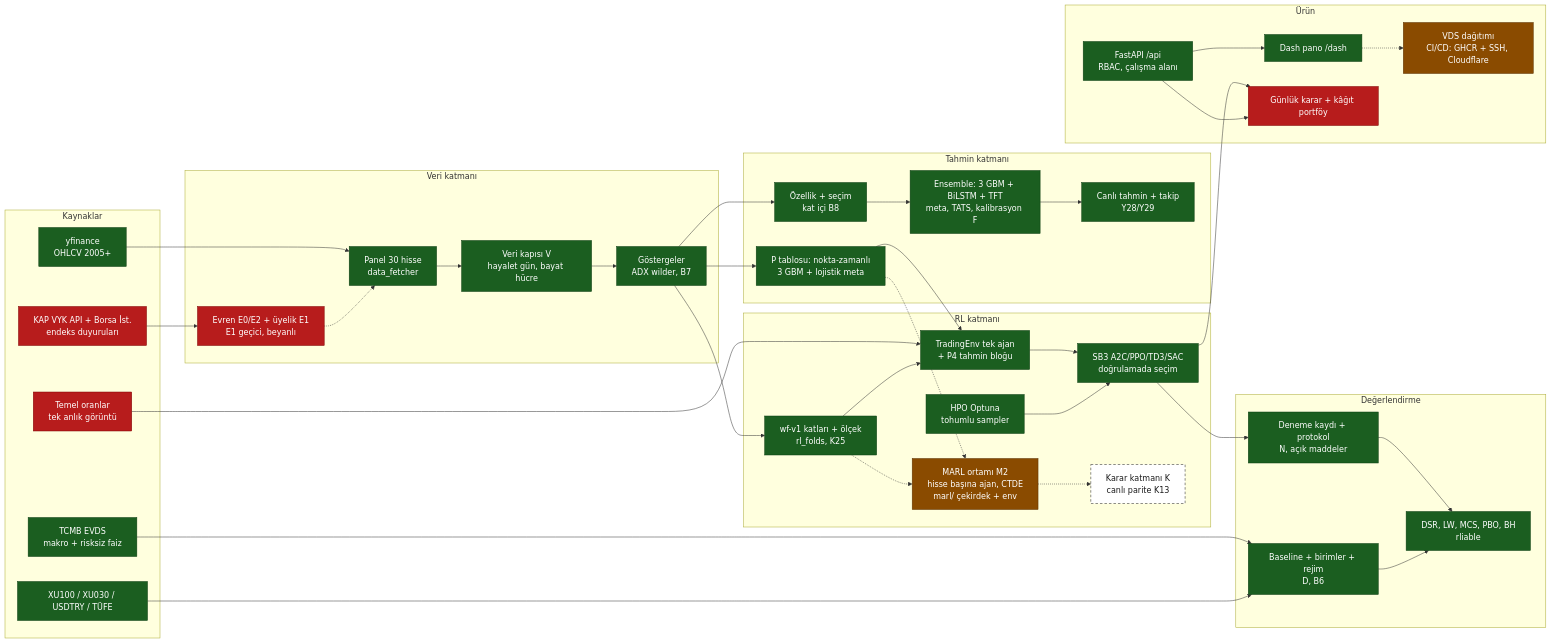
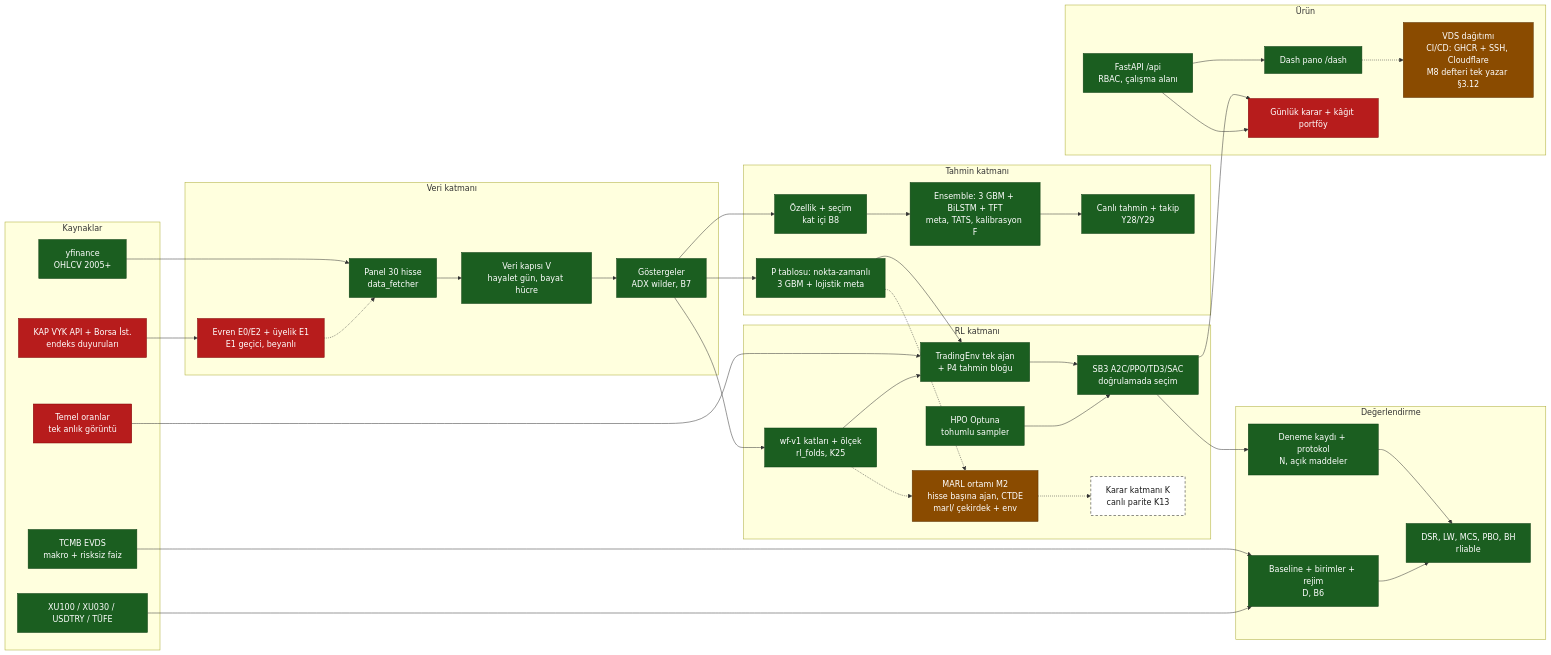
Before and after one commit to softdevcan/RL-Trading-Project: the first of 2 diagrams in docs/development/system-map.md, drawn with Mermaid. The commit also changed other lines of this file and 18 other files, not shown here.

First line of the commit message:
feat(phase11): M8 ileri veri deposunun VDS'ye devri (tek yazar, devir paritesi)

````diff
--- a/docs/development/system-map.md
+++ b/docs/development/system-map.md
@@ -30,73 +30,73 @@
 ```mermaid
 flowchart LR
   classDef done fill:#1b5e20,stroke:#0b3d10,color:#ffffff
   classDef partial fill:#b71c1c,stroke:#7f0000,color:#ffffff
   classDef active fill:#8a4b00,stroke:#5a3000,color:#ffffff
   classDef decision fill:#4a148c,stroke:#2a0060,color:#ffffff
   classDef planned fill:#ffffff,stroke:#1a1a1a,stroke-dasharray:5 4,color:#1a1a1a
 
   subgraph SRC["Kaynaklar"]
     YF["yfinance<br/>OHLCV 2005+"]:::done
     EVDS["TCMB EVDS<br/>makro + risksiz faiz"]:::done
     IDX["XU100 / XU030 / USDTRY / TÜFE"]:::done
     FUND["Temel oranlar<br/>tek anlık görüntü"]:::partial
     KAP["KAP VYK API + Borsa İst.<br/>endeks duyuruları"]:::partial
   end
 
   subgraph DATA["Veri katmanı"]
     PANEL["Panel 30 hisse<br/>data_fetcher"]:::done
     GATE["Veri kapısı V<br/>hayalet gün, bayat hücre"]:::done
     IND["Göstergeler<br/>ADX wilder, B7"]:::done
     UNI["Evren E0/E2 + üyelik E1<br/>E1 geçici, beyanlı"]:::partial
   end
 
   subgraph PRED["Tahmin katmanı"]
     FE["Özellik + seçim<br/>kat içi B8"]:::done
     ENS["Ensemble: 3 GBM + BiLSTM + TFT<br/>meta, TATS, kalibrasyon F"]:::done
     PIT["P tablosu: nokta-zamanlı<br/>3 GBM + lojistik meta"]:::done
     TRK["Canlı tahmin + takip<br/>Y28/Y29"]:::done
   end
 
   subgraph RL["RL katmanı"]
     SPLIT["wf-v1 katları + ölçek<br/>rl_folds, K25"]:::done
     ENV["TradingEnv tek ajan<br/>+ P4 tahmin bloğu"]:::done
     SB3["SB3 A2C/PPO/TD3/SAC<br/>doğrulamada seçim"]:::done
     HPO["HPO Optuna<br/>tohumlu sampler"]:::done
     MENV["MARL ortamı M2<br/>hisse başına ajan, CTDE<br/>marl/ çekirdek + env"]:::active
     DEC["Karar katmanı K<br/>canlı parite K13"]:::planned
   end
 
   subgraph EVAL["Değerlendirme"]
     REG["Deneme kaydı + protokol<br/>N, açık maddeler"]:::done
     STAT["DSR, LW, MCS, PBO, BH<br/>rliable"]:::done
     BASE["Baseline + birimler + rejim<br/>D, B6"]:::done
   end
 
   subgraph PROD["Ürün"]
     API["FastAPI /api<br/>RBAC, çalışma alanı"]:::done
     DASH["Dash pano /dash"]:::done
     LIVE["Günlük karar + kâğıt portföy"]:::partial
-    VDS["VDS dağıtımı<br/>CI/CD: GHCR + SSH, Cloudflare"]:::active
+    VDS["VDS dağıtımı<br/>CI/CD: GHCR + SSH, Cloudflare<br/>M8 defteri tek yazar §3.12"]:::active
   end
 
   YF --> PANEL --> GATE --> IND
   EVDS --> BASE
   IDX --> BASE
   FUND --> ENV
   KAP --> UNI
   UNI -.-> PANEL
   IND --> FE --> ENS --> TRK
   IND --> PIT
   PIT --> ENV
   IND --> SPLIT --> ENV --> SB3 --> REG
   HPO --> SB3
   REG --> STAT
   BASE --> STAT
   PIT -.-> MENV
   SPLIT -.-> MENV
   MENV -.-> DEC
   SB3 --> LIVE
   API --> DASH
   API --> LIVE
   DASH -.-> VDS
 ```
````
